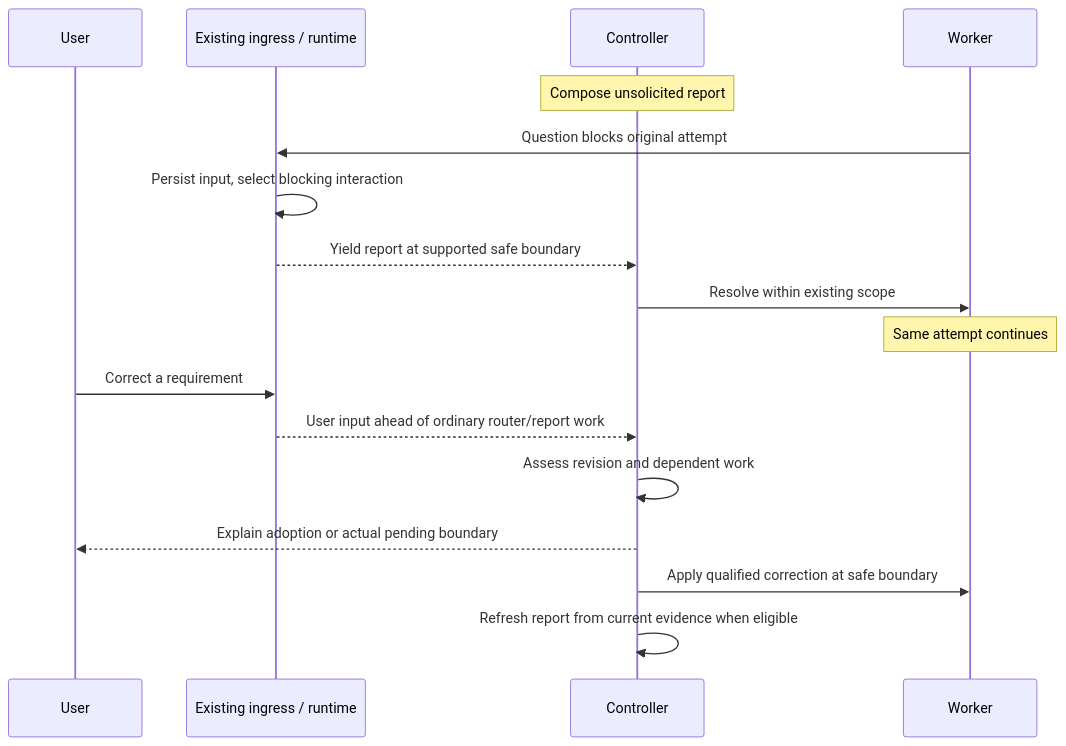
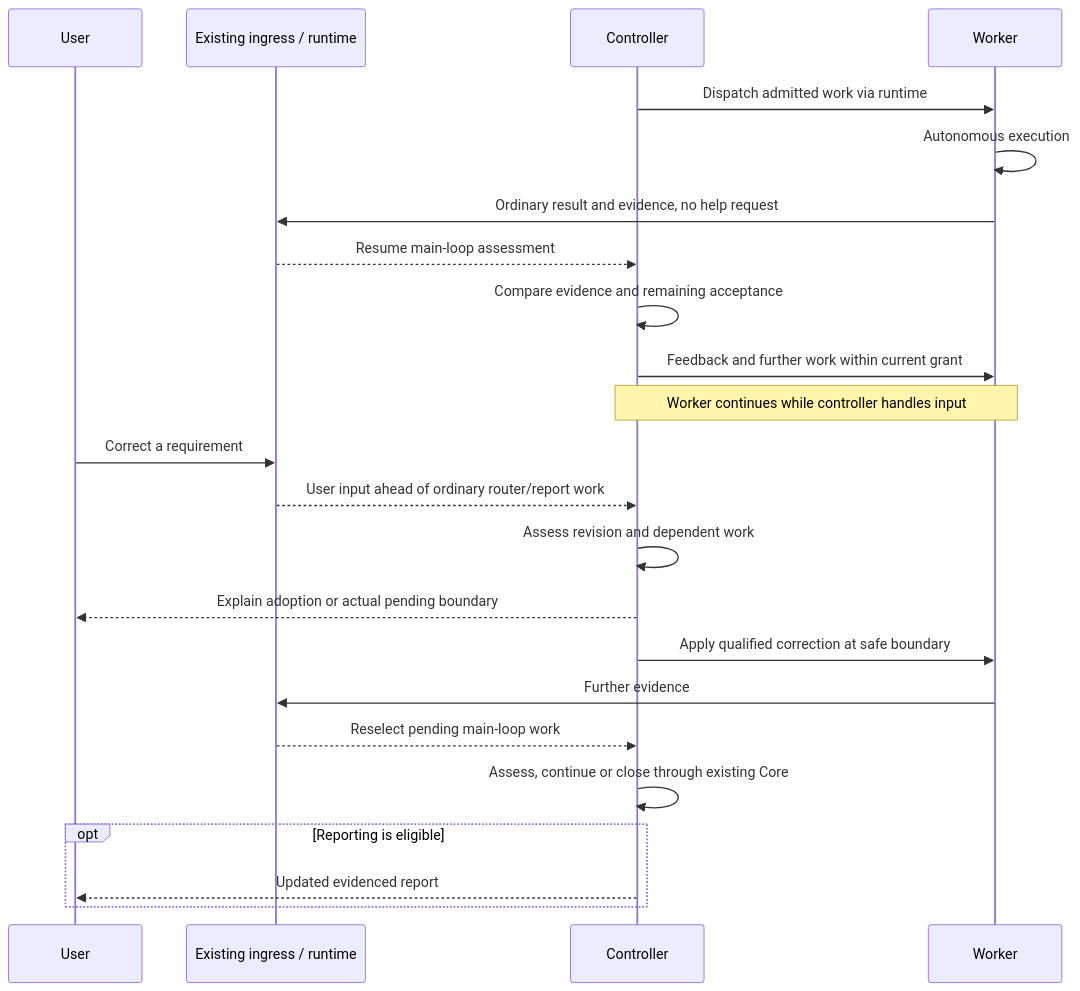
The sixth of 9 diagrams in docs/architecture/rfcs/controller-executor-unified-contract-v0.md (loopx-project/loopx), drawn with Mermaid before and after one commit. The commit also changed other lines of this file and 3 other files, not shown here.

Commit message:
docs: make controller worker execution the primary loop

````diff
--- a/docs/architecture/rfcs/controller-executor-unified-contract-v0.md
+++ b/docs/architecture/rfcs/controller-executor-unified-contract-v0.md
@@ -408,19 +474,25 @@
 ```mermaid
 sequenceDiagram
   participant U as User
   participant I as Existing ingress / runtime
   participant C as Controller
   participant W as Worker
-  Note over C: Compose unsolicited report
-  W->>I: Question blocks original attempt
-  I->>I: Persist input, select blocking interaction
-  I-->>C: Yield report at supported safe boundary
-  C->>W: Resolve within existing scope
-  Note over W: Same attempt continues
+  C->>W: Dispatch admitted work via runtime
+  W->>W: Autonomous execution
+  W->>I: Ordinary result and evidence, no help request
+  I-->>C: Resume main-loop assessment
+  C->>C: Compare evidence and remaining acceptance
+  C->>W: Feedback and further work within current grant
+  Note over C,W: Worker continues while controller handles input
   U->>I: Correct a requirement
   I-->>C: User input ahead of ordinary router/report work
   C->>C: Assess revision and dependent work
   C-->>U: Explain adoption or actual pending boundary
   C->>W: Apply qualified correction at safe boundary
-  C->>C: Refresh report from current evidence when eligible
+  W->>I: Further evidence
+  I-->>C: Reselect pending main-loop work
+  C->>C: Assess, continue or close through existing Core
+  opt Reporting is eligible
+    C-->>U: Updated evidenced report
+  end
 ```
````
